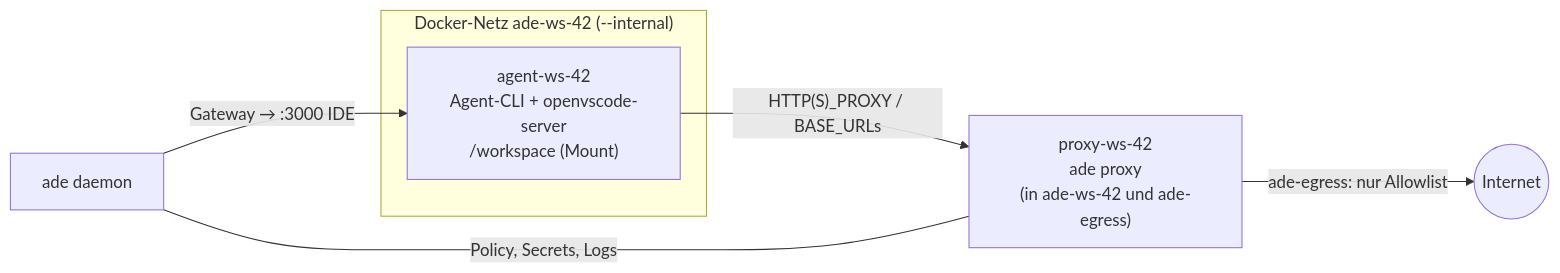
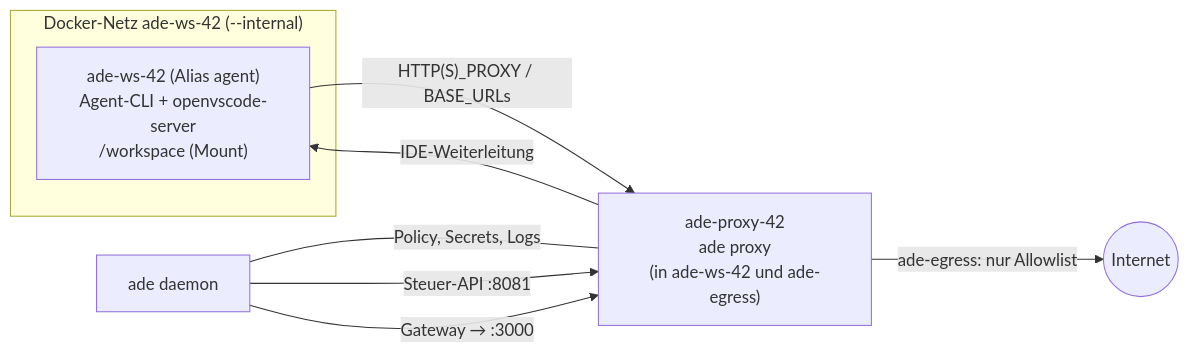
Before and after one commit to DavidW475/ade: the diagram in doc/sandbox.md, drawn with Mermaid. The commit also changed other lines of this file and 17 other files, not shown here.

````diff
--- a/doc/sandbox.md
+++ b/doc/sandbox.md
@@ -13,14 +12,16 @@
 ```mermaid
 flowchart LR
     subgraph NI["Docker-Netz ade-ws-42 (--internal)"]
-        A["agent-ws-42<br/>Agent-CLI + openvscode-server<br/>/workspace (Mount)"]
+        A["ade-ws-42 (Alias agent)<br/>Agent-CLI + openvscode-server<br/>/workspace (Mount)"]
     end
-    P["proxy-ws-42<br/>ade proxy<br/>(in ade-ws-42 und ade-egress)"]
+    P["ade-proxy-42<br/>ade proxy<br/>(in ade-ws-42 und ade-egress)"]
     D[ade daemon]
     I((Internet))
 
     A -- "HTTP(S)_PROXY / BASE_URLs" --> P
     P -- "ade-egress: nur Allowlist" --> I
     D -- "Policy, Secrets, Logs" --- P
-    D -- "Gateway → :3000 IDE" --> A
+    D -- "Steuer-API :8081" --> P
+    D -- "Gateway → :3000" --> P
+    P -- "IDE-Weiterleitung" --> A
 ```
````
